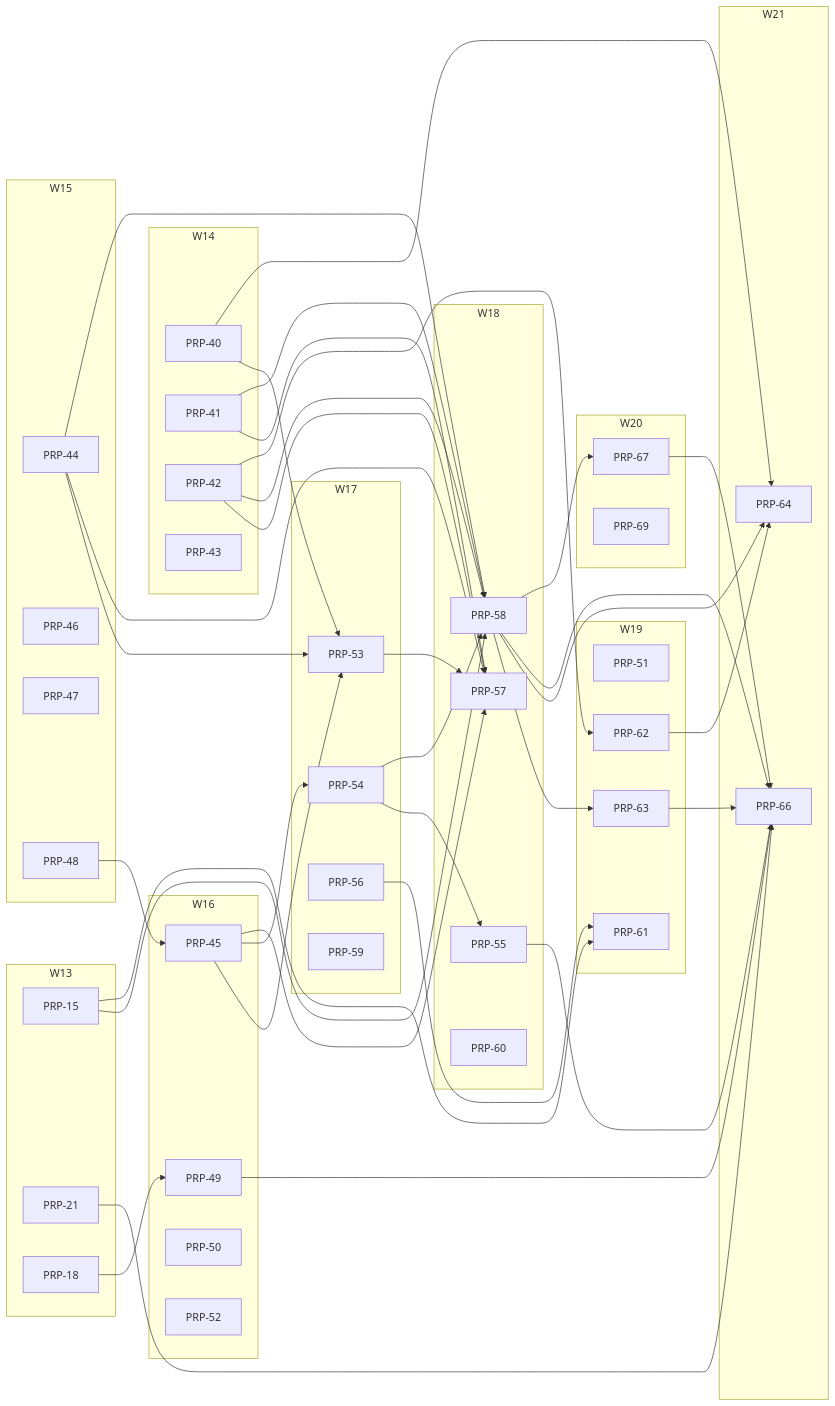
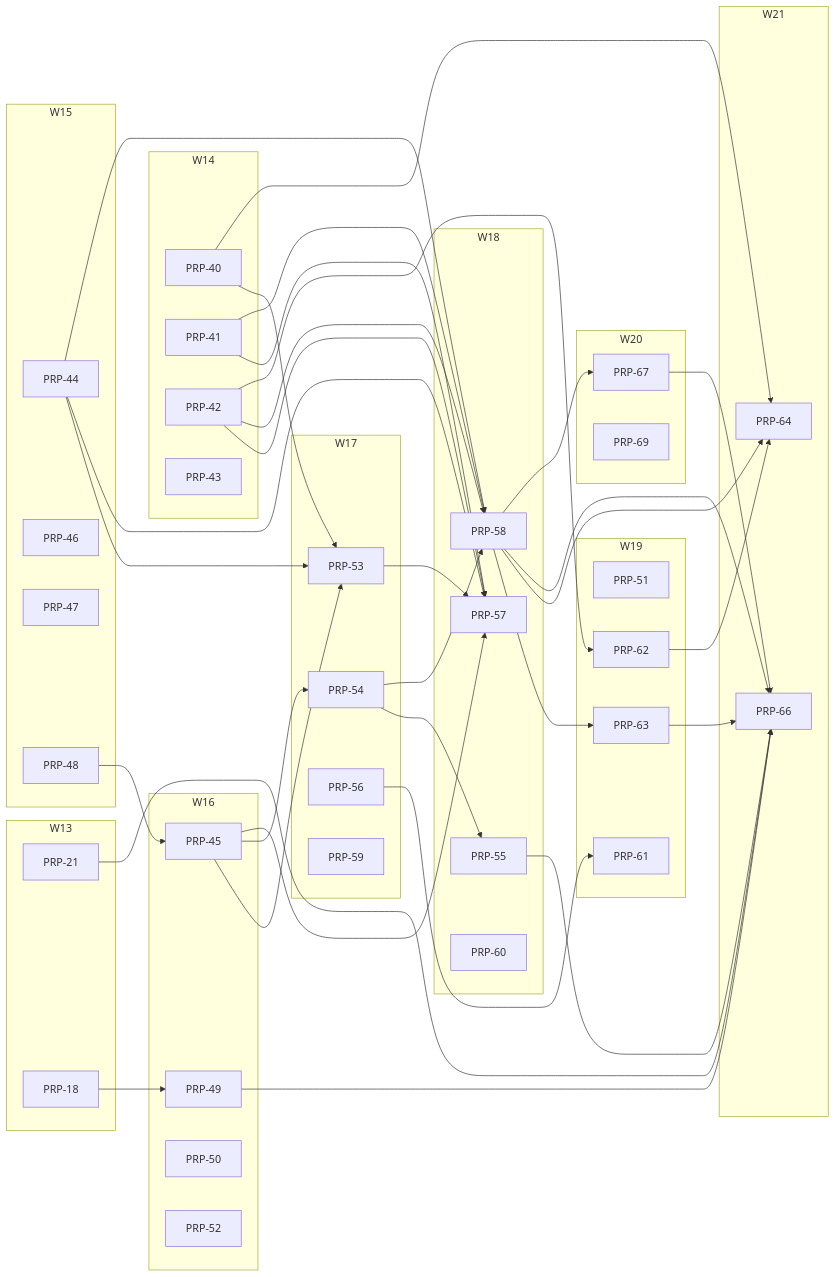
The diagram in PRPs/EXECUTION-PLAN.md (fgarofalo56/neurosphere), drawn with Mermaid before and after one commit. The commit also changed other lines of this file and 7 other files, not shown here.

````diff
--- a/PRPs/EXECUTION-PLAN.md
+++ b/PRPs/EXECUTION-PLAN.md
@@ -151,7 +150,6 @@
 ```mermaid
 flowchart LR
   subgraph W13
-    P15["PRP-15"]
     P21["PRP-21"]
     P18["PRP-18"]
   end
@@ -214,10 +212,8 @@
   P41 --> P58
   P42 --> P58
   P44 --> P58
-  P15 --> P58
   P54 --> P58
   P56 --> P61
-  P15 --> P61
   P42 --> P62
   P58 --> P63
   P40 --> P64
````
